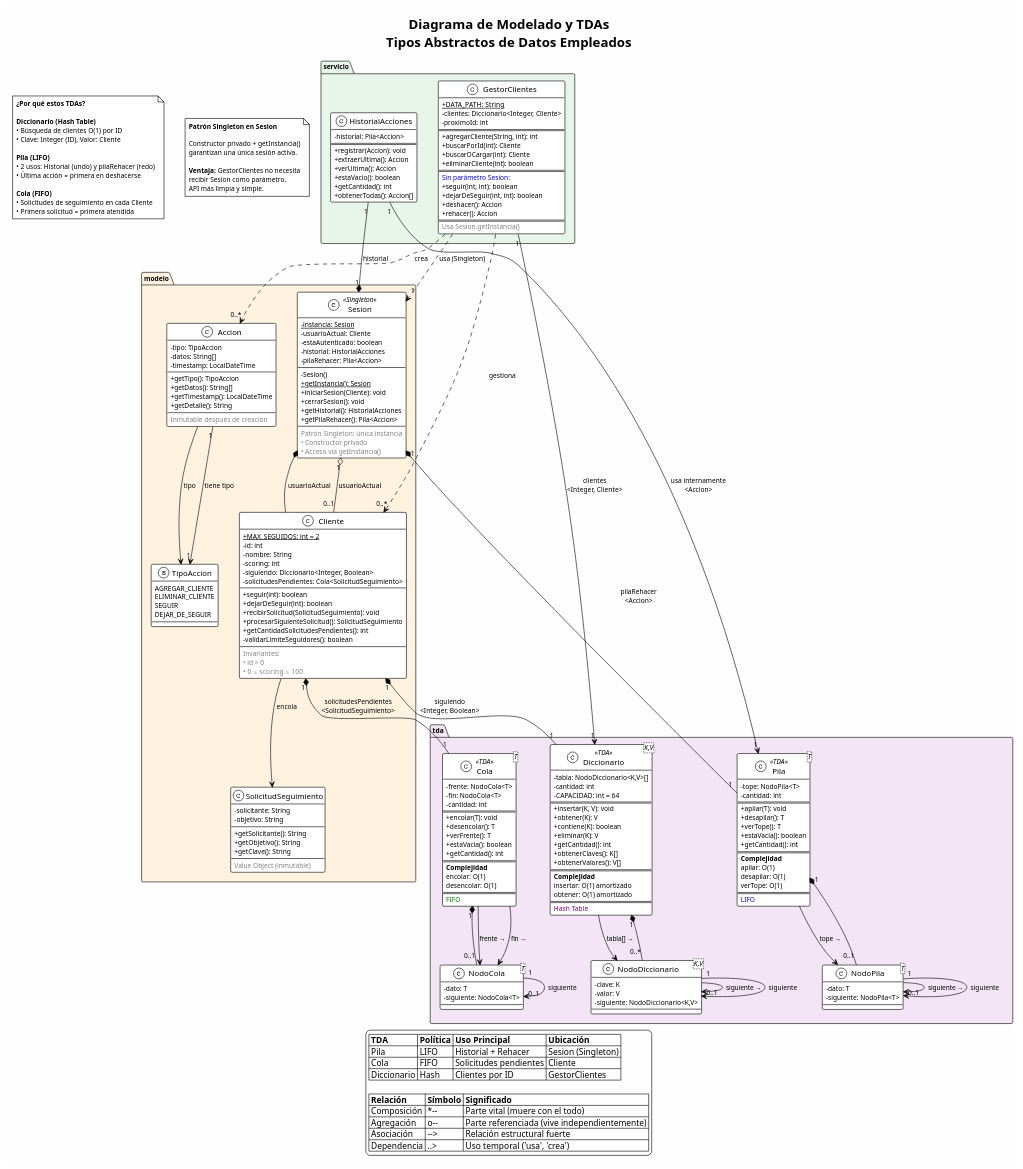
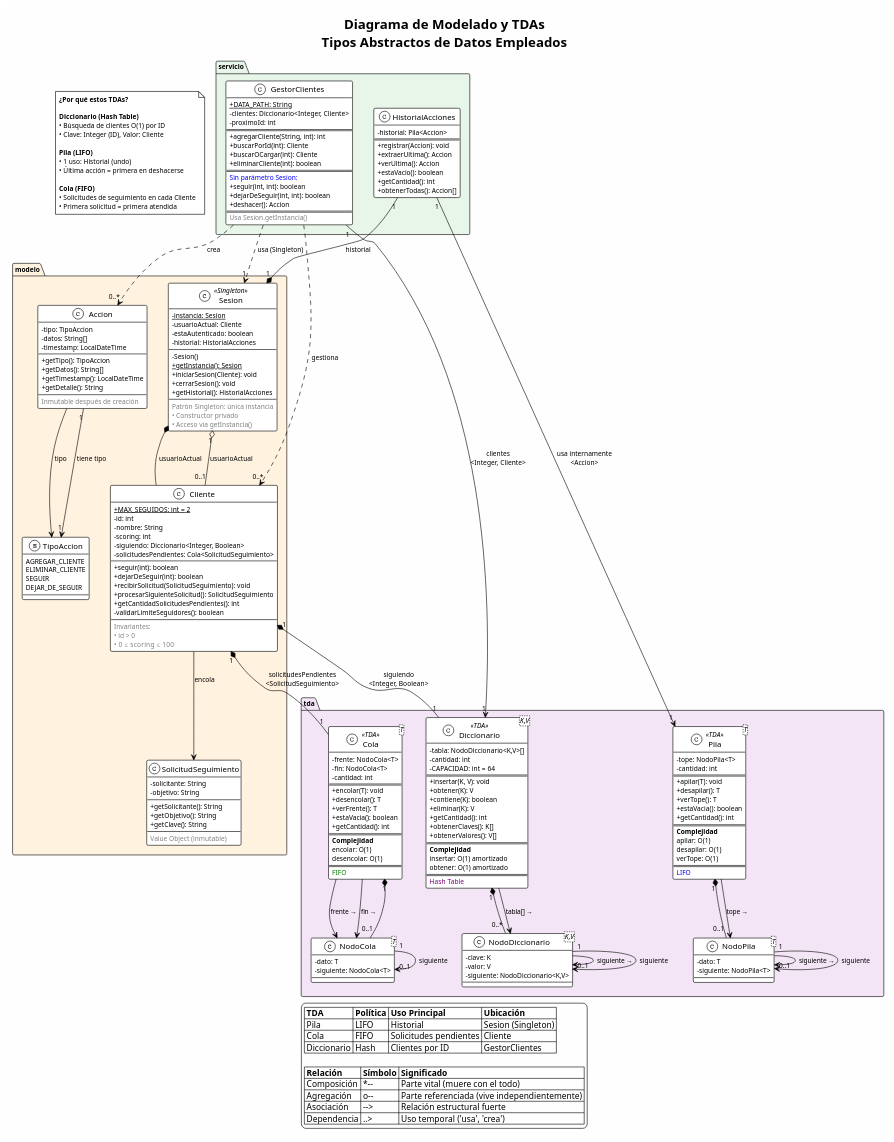
One commit to andreiveisuade/TPO-AyED-II---Red-Social-UADE---Grupo-12 changed the diagram in docs/diagramas/diagrama_tda_modelado.puml. Above: the diagram before and after it, drawn with PlantUML. The commit also changed 9 other files, not shown here.

Commit message:
Actualizar documentación: TDAs, arquitectura e invariantes. Refactorizar diagramas UML para reflejar implementación in-memory y sin rehacer.

```diff
--- a/docs/diagramas/diagrama_tda_modelado.puml
+++ b/docs/diagramas/diagrama_tda_modelado.puml
@@ -18,14 +18,12 @@
         - usuarioActual: Cliente
         - estaAutenticado: boolean
         - historial: HistorialAcciones
-        - pilaRehacer: Pila<Accion>
         __
         - Sesion()
         + {static} getInstancia(): Sesion
         + iniciarSesion(Cliente): void
         + cerrarSesion(): void
         + getHistorial(): HistorialAcciones
-        + getPilaRehacer(): Pila<Accion>
         __
         <color:gray>Patrón Singleton: única instancia</color>
         <color:gray>• Constructor privado</color>
@@ -202,7 +200,6 @@
         + seguir(int, int): boolean
         + dejarDeSeguir(int, int): boolean
         + deshacer(): Accion
-        + rehacer(): Accion
         ==
         <color:gray>Usa Sesion.getInstancia()</color>
     }
@@ -231,7 +228,6 @@
 
 ' Sesion (Singleton)
 Sesion "1" *-- "1" HistorialAcciones : "historial"
-Sesion "1" *-- "1" Pila : "pilaRehacer\n<Accion>"
 Sesion "1" o-- "0..1" Cliente : "usuarioActual"
 
 ' HistorialAcciones
@@ -265,7 +261,7 @@
 • Clave: Integer (ID), Valor: Cliente
 
 <b>Pila (LIFO)</b>
-• 2 usos: Historial (undo) y pilaRehacer (redo)
+• 1 uso: Historial (undo)
 • Última acción = primera en deshacerse
 
 <b>Cola (FIFO)</b>
@@ -273,20 +269,9 @@
 • Primera solicitud = primera atendida
 end note
 
-note as N2
-<b>Patrón Singleton en Sesion</b>
-
-Constructor privado + getInstancia()
-garantizan una única sesión activa.
-
-<b>Ventaja:</b> GestorClientes no necesita
-recibir Sesion como parámetro.
-API más limpia y simple.
-end note
-
 legend bottom
 |= TDA |= Política |= Uso Principal |= Ubicación |
-| Pila | LIFO | Historial + Rehacer | Sesion (Singleton) |
+| Pila | LIFO | Historial | Sesion (Singleton) |
 | Cola | FIFO | Solicitudes pendientes | Cliente |
 | Diccionario | Hash | Clientes por ID | GestorClientes |
 
```
